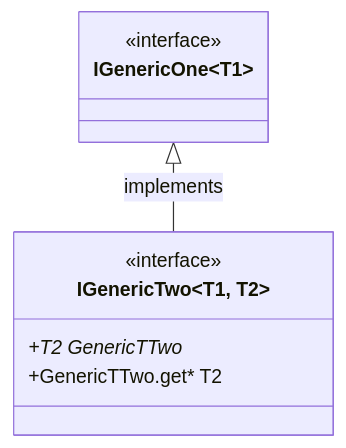
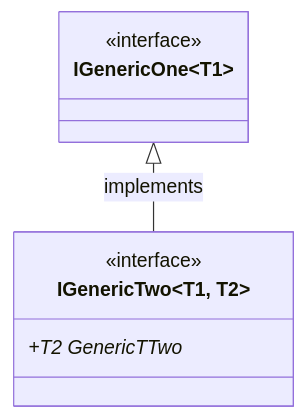
Before and after one commit to erichiller/gh-action-cs-metrics: the fifth of 7 diagrams in test/SampleProject/CODE_METRICS.md, drawn with Mermaid. The commit also changed other lines of this file and 1 other file, not shown here.

Commit message:
Use GetMembers(), filter where applicable

````diff
--- a/test/SampleProject/CODE_METRICS.md
+++ b/test/SampleProject/CODE_METRICS.md
@@ -325,16 +287,15 @@
 ```mermaid
 %%{init: {
     'fontFamily': 'monospace'
 } }%%
 classDiagram
 SomeRoot_SampleProject_IGenericOne_T1_ <|-- SomeRoot_SampleProject_IGenericTwo_T1__T2_ : implements
 class SomeRoot_SampleProject_IGenericOne_T1_ ["IGenericOne&lt;T1&gt;"] {
     <<interface>>
 }
 class SomeRoot_SampleProject_IGenericTwo_T1__T2_ ["IGenericTwo&lt;T1, T2&gt;"] {
     <<interface>>
     +T2 GenericTTwo*
-    +GenericTTwo.get* T2
 }
 
 ```
````
